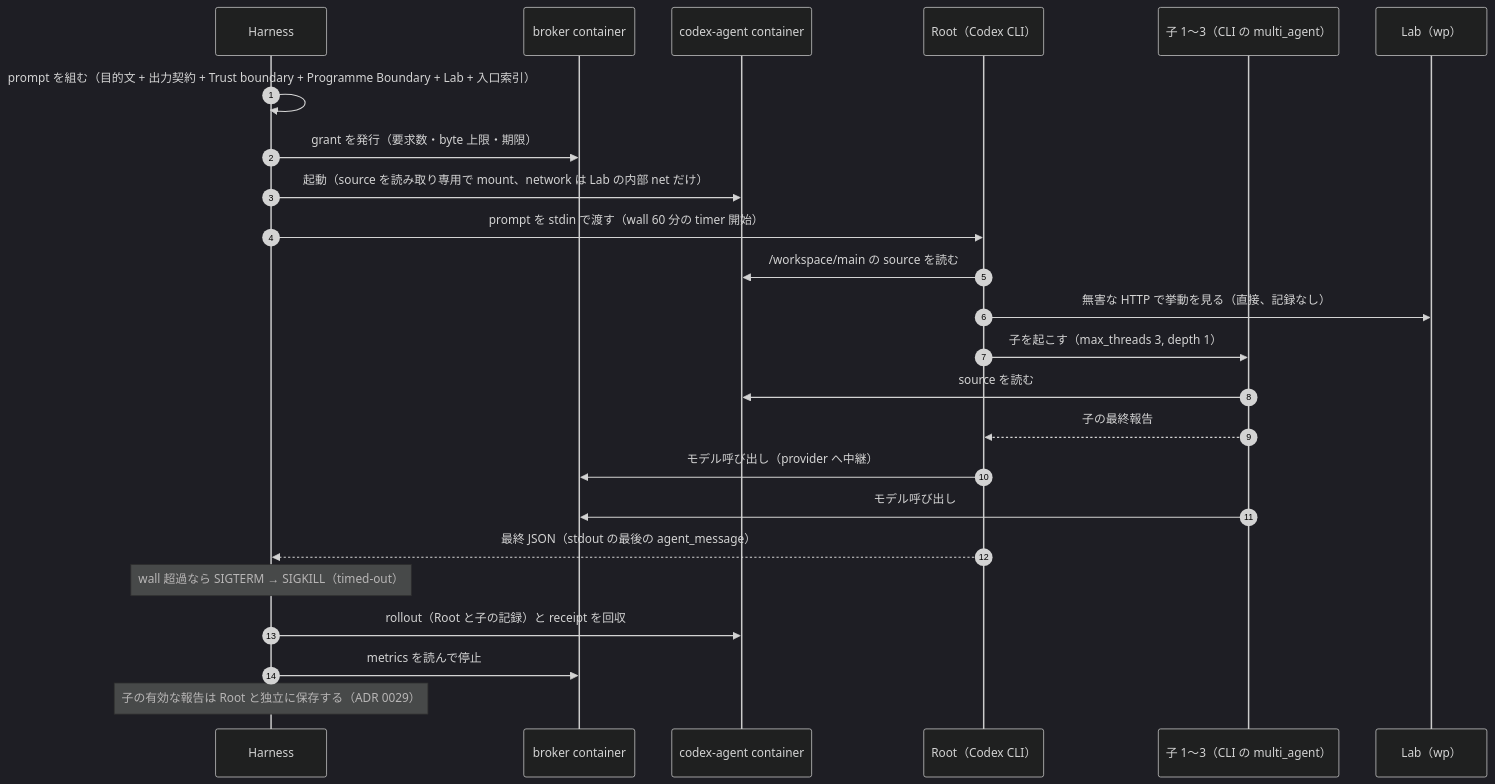
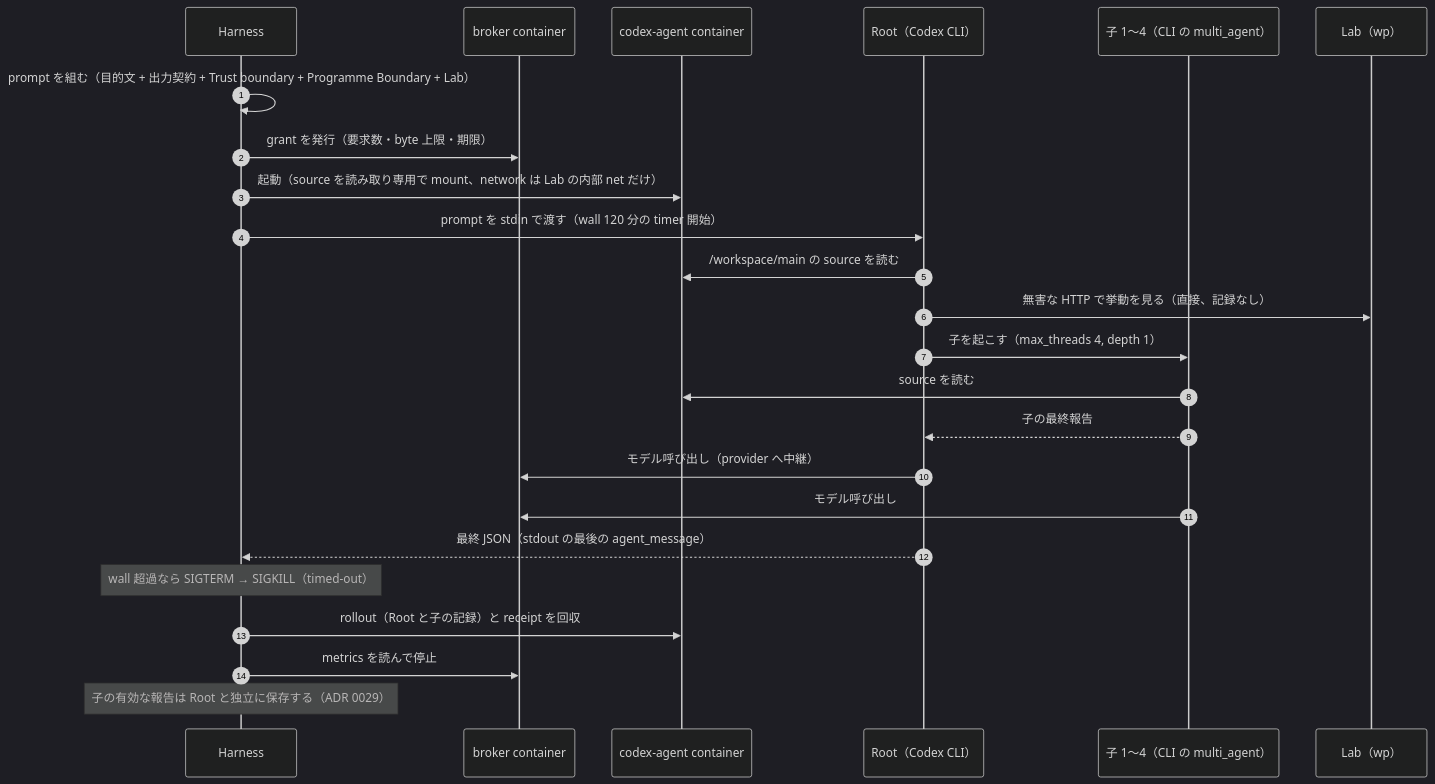
One commit to momoponwork1415-lgtm/wordpress-bounty-harness changed the third of 12 diagrams in docs/SYSTEM-DIAGRAMS.md. Above: the diagram before and after it, drawn with Mermaid (dark theme). The commit also changed other lines of this file and 42 other files, not shown here.

````diff
--- a/docs/SYSTEM-DIAGRAMS.md
+++ b/docs/SYSTEM-DIAGRAMS.md
@@ -90,27 +90,27 @@
 ```mermaid
 sequenceDiagram
   autonumber
   participant H as Harness
   participant B as broker container
   participant C as codex-agent container
   participant R as Root（Codex CLI）
-  participant K as 子 1〜3（CLI の multi_agent）
+  participant K as 子 1〜4（CLI の multi_agent）
   participant Lab as Lab（wp）
 
-  H->>H: prompt を組む（目的文 + 出力契約 + Trust boundary + Programme Boundary + Lab + 入口索引）
+  H->>H: prompt を組む（目的文 + 出力契約 + Trust boundary + Programme Boundary + Lab）
   H->>B: grant を発行（要求数・byte 上限・期限）
   H->>C: 起動（source を読み取り専用で mount、network は Lab の内部 net だけ）
-  H->>R: prompt を stdin で渡す（wall 60 分の timer 開始）
+  H->>R: prompt を stdin で渡す（wall 120 分の timer 開始）
   R->>C: /workspace/main の source を読む
   R->>Lab: 無害な HTTP で挙動を見る（直接、記録なし）
-  R->>K: 子を起こす（max_threads 3, depth 1）
+  R->>K: 子を起こす（max_threads 4, depth 1）
   K->>C: source を読む
   K-->>R: 子の最終報告
   R->>B: モデル呼び出し（provider へ中継）
   K->>B: モデル呼び出し
   R-->>H: 最終 JSON（stdout の最後の agent_message）
   Note over H: wall 超過なら SIGTERM → SIGKILL（timed-out）
   H->>C: rollout（Root と子の記録）と receipt を回収
   H->>B: metrics を読んで停止
   Note over H: 子の有効な報告は Root と独立に保存する（ADR 0029）
 ```
````
